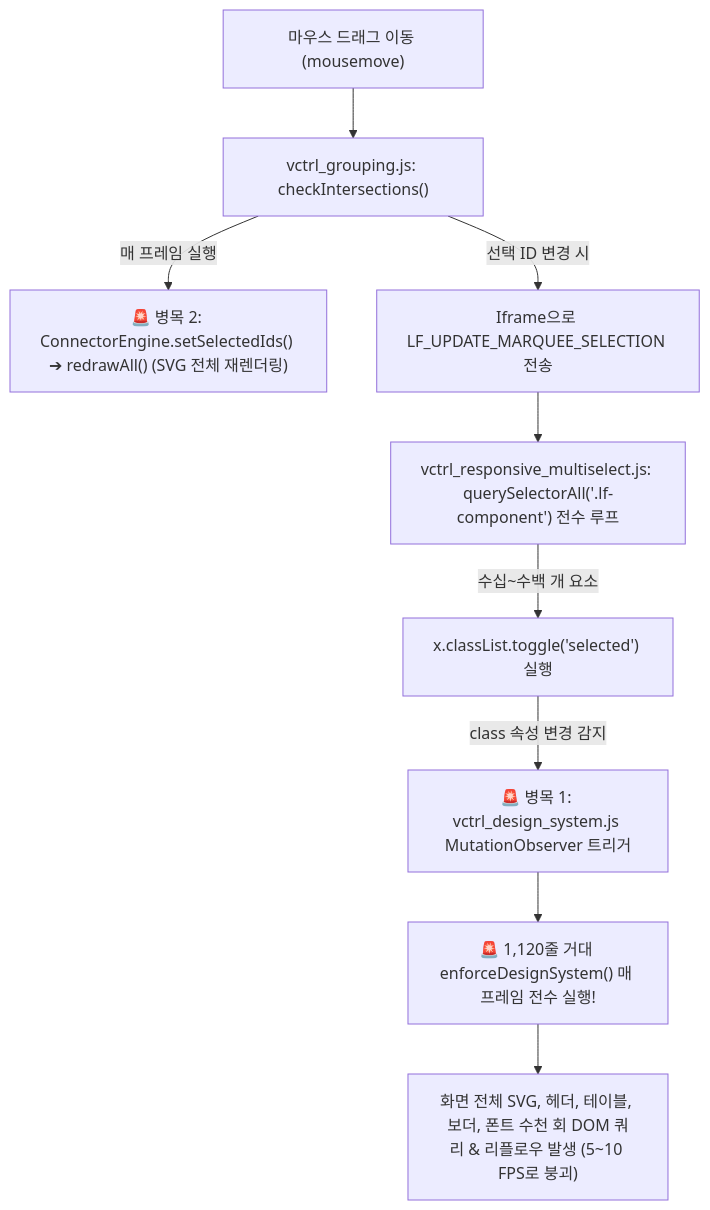
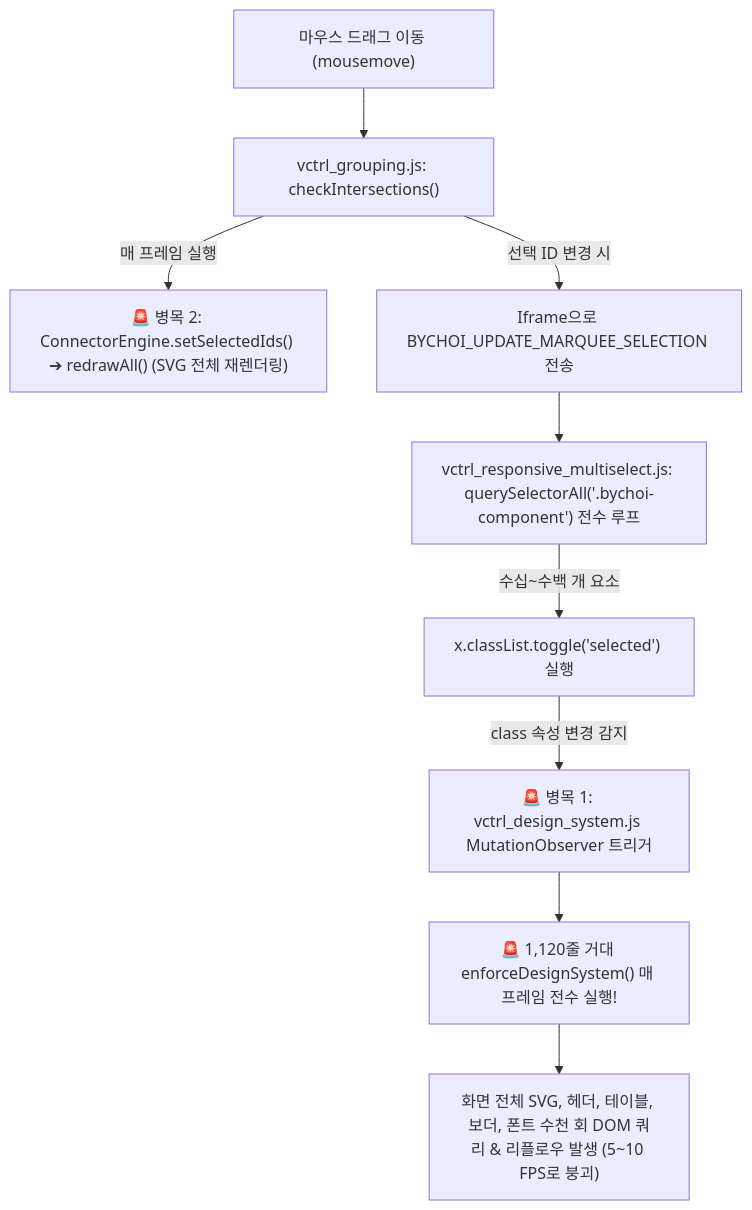
One commit to bychoi-space/workspace changed the diagram in docs/plan_marquee_multiselect_performance_optimization.md. Above: the diagram before and after it, drawn with Mermaid. The commit also changed other lines of this file and 230 other files, not shown here.

Commit message:
refactor: migrate all legacy namespace identifiers and data screens to bychoi standard

````diff
--- a/docs/plan_marquee_multiselect_performance_optimization.md
+++ b/docs/plan_marquee_multiselect_performance_optimization.md
@@ -26,11 +26,11 @@
 ```mermaid
 graph TD
     A["마우스 드래그 이동 (mousemove)"] --> B["vctrl_grouping.js: checkIntersections()"]
     B -->|매 프레임 실행| C["🚨 병목 2: ConnectorEngine.setSelectedIds() ➔ redrawAll() (SVG 전체 재렌더링)"]
-    B -->|선택 ID 변경 시| D["Iframe으로 LF_UPDATE_MARQUEE_SELECTION 전송"]
-    D --> E["vctrl_responsive_multiselect.js: querySelectorAll('.lf-component') 전수 루프"]
+    B -->|선택 ID 변경 시| D["Iframe으로 BYCHOI_UPDATE_MARQUEE_SELECTION 전송"]
+    D --> E["vctrl_responsive_multiselect.js: querySelectorAll('.bychoi-component') 전수 루프"]
     E -->|수십~수백 개 요소| F["x.classList.toggle('selected') 실행"]
     F -->|class 속성 변경 감지| G["🚨 병목 1: vctrl_design_system.js MutationObserver 트리거"]
     G --> H["🚨 1,120줄 거대 enforceDesignSystem() 매 프레임 전수 실행!"]
     H --> I["화면 전체 SVG, 헤더, 테이블, 보더, 폰트 수천 회 DOM 쿼리 & 리플로우 발생 (5~10 FPS로 붕괴)"]
 ```
````
